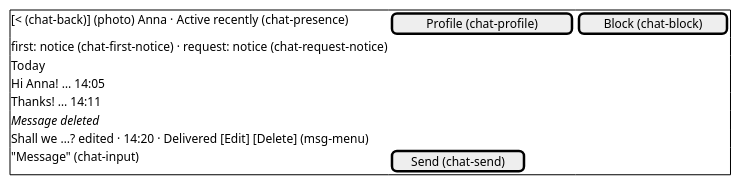
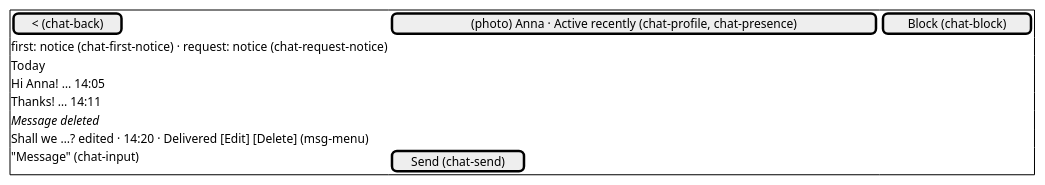
One commit to abbat/dyapp changed diagram 12 of 14 in docs/design/desktop-screens.md. Above: the diagram before and after it, drawn with PlantUML. The commit also changed other lines of this file and 4 other files, not shown here.

````diff
--- a/docs/design/desktop-screens.md
+++ b/docs/design/desktop-screens.md
@@ -235,14 +238,14 @@
 ```plantuml
 @startsalt
 {+
-[< (chat-back)] (photo) Anna · Active recently (chat-presence) | [Profile (chat-profile)] | [Block (chat-block)]
+[< (chat-back)] | [(photo) Anna · Active recently (chat-profile, chat-presence)] | [Block (chat-block)]
 first: notice (chat-first-notice) · request: notice (chat-request-notice)
 Today
                        Hi Anna! … 14:05
 Thanks! … 14:11
 <i>Message deleted
                 Shall we …? edited · 14:20 · Delivered [Edit] [Delete] (msg-menu)
 "Message" (chat-input) | [Send (chat-send)]
 }
 @endsalt
 ```
````
